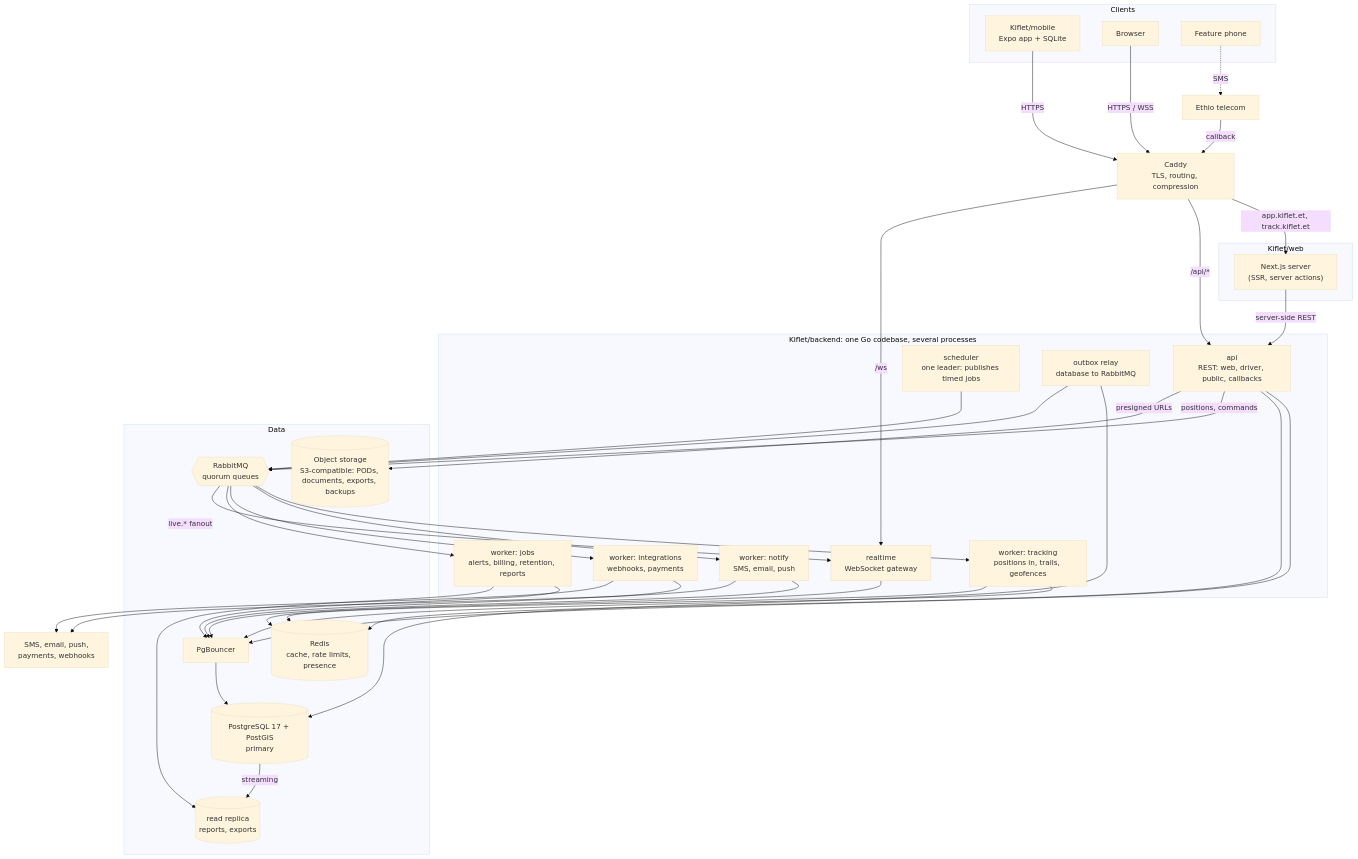
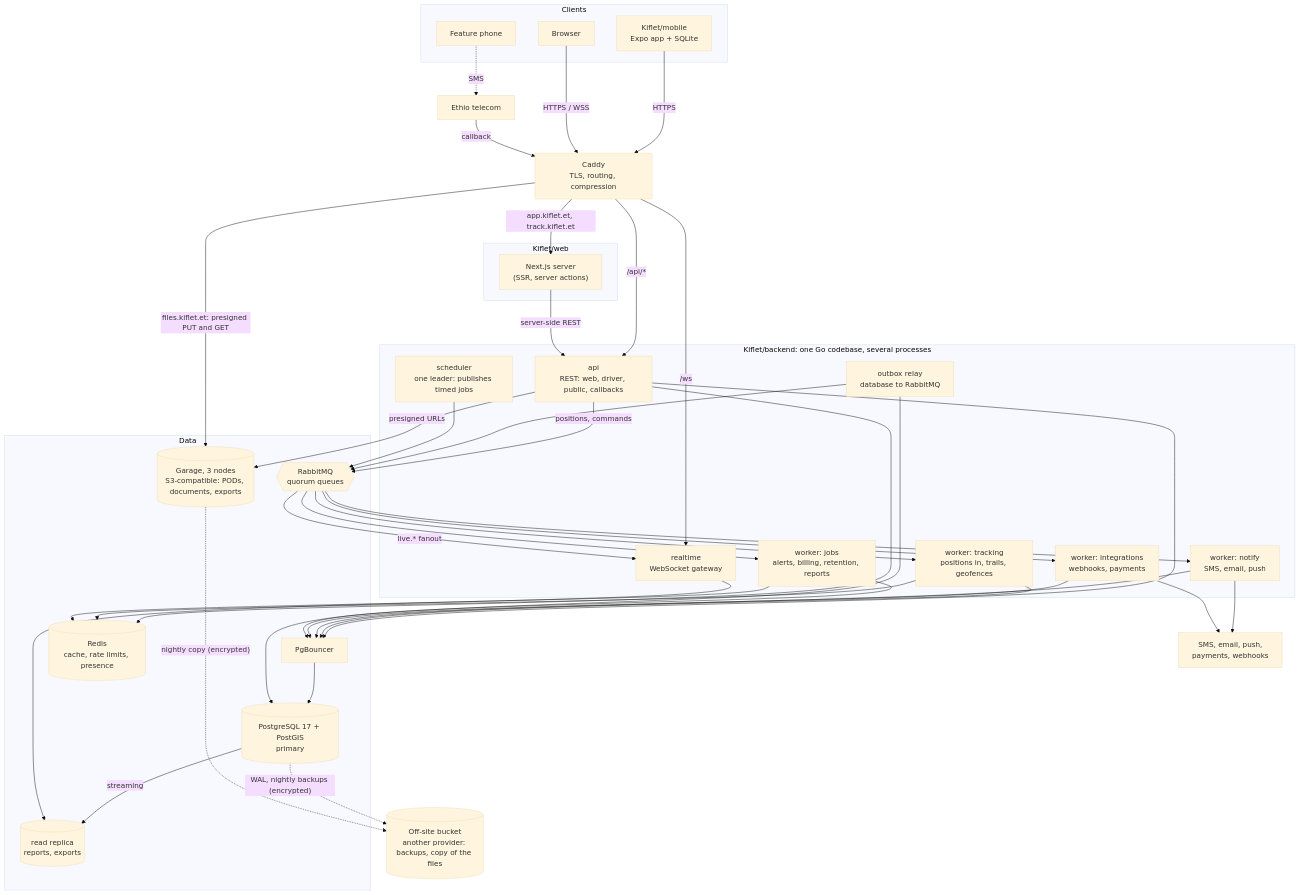
Before and after one commit to Kiflet/backend: the second of 11 diagrams in docs/architecture.md, drawn with Mermaid (base theme). The commit also changed other lines of this file and 1 other file, not shown here.

First line of the commit message:
docs: Garage for the app's files

````diff
--- a/docs/architecture.md
+++ b/docs/architecture.md
@@ -115,60 +116,65 @@
 ```mermaid
 flowchart TB
   subgraph Clients
     MOB["Kiflet/mobile<br/>Expo app + SQLite"]
     BRW["Browser"]
     FP["Feature phone"]
   end
 
   EDGE["Caddy<br/>TLS, routing, compression"]
 
   subgraph WebTier["Kiflet/web"]
     NX["Next.js server<br/>(SSR, server actions)"]
   end
 
   subgraph Backend["Kiflet/backend: one Go codebase, several processes"]
     API["api<br/>REST: web, driver, public, callbacks"]
     RT["realtime<br/>WebSocket gateway"]
     WK1["worker: tracking<br/>positions in, trails, geofences"]
     WK2["worker: notify<br/>SMS, email, push"]
     WK3["worker: integrations<br/>webhooks, payments"]
     WK4["worker: jobs<br/>alerts, billing, retention, reports"]
     SCH["scheduler<br/>one leader: publishes timed jobs"]
     REL["outbox relay<br/>database to RabbitMQ"]
   end
 
   subgraph Data
     PGB["PgBouncer"]
     PG[("PostgreSQL 17 + PostGIS<br/>primary")]
     PGR[("read replica<br/>reports, exports")]
     RMQ{{"RabbitMQ<br/>quorum queues"}}
     RDS[("Redis<br/>cache, rate limits, presence")]
-    S3[("Object storage<br/>S3-compatible: PODs, documents, exports, backups")]
+    S3[("Garage, 3 nodes<br/>S3-compatible: PODs, documents, exports")]
   end
+
+  OFF[("Off-site bucket<br/>another provider: backups, copy of the files")]
 
   MOB -- HTTPS --> EDGE
   BRW -- HTTPS / WSS --> EDGE
   FP -. SMS .-> ETG["Ethio telecom"] -- callback --> EDGE
 
   EDGE -- "app.kiflet.et, track.kiflet.et" --> NX
   EDGE -- "/api/*" --> API
   EDGE -- "/ws" --> RT
+  EDGE -- "files.kiflet.et: presigned PUT and GET" --> S3
   NX -- "server-side REST" --> API
 
   API --> PGB --> PG
   API --> RDS
   API -- "positions, commands" --> RMQ
   API -- "presigned URLs" --> S3
   PG -- "streaming" --> PGR
+  PG -. "WAL, nightly backups (encrypted)" .-> OFF
+  S3 -. "nightly copy (encrypted)" .-> OFF
 
   REL --> PG
   REL --> RMQ
   RMQ --> WK1 & WK2 & WK3 & WK4
   RMQ -- "live.* fanout" --> RT
   SCH --> RMQ
   WK1 & WK2 & WK3 & WK4 --> PGB
   WK1 --> RDS
   WK4 --> PGR
   WK2 & WK3 --> OUT["SMS, email, push,<br/>payments, webhooks"]
   RT --> RDS
 ```
````
